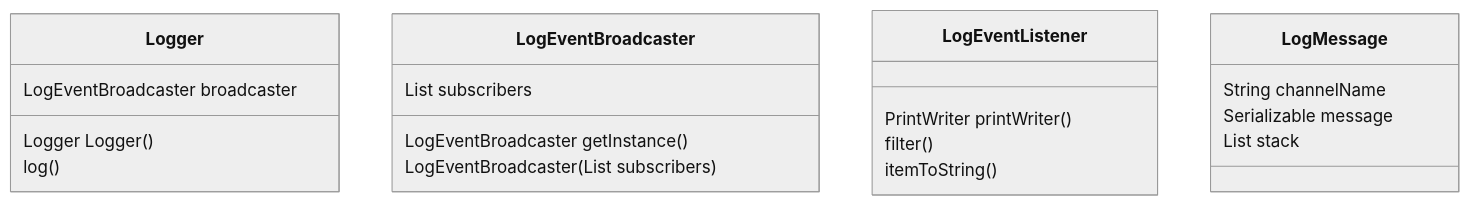
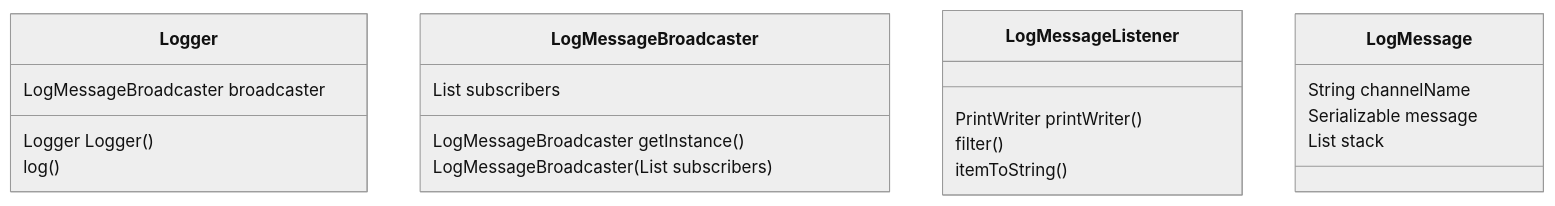
Before and after one commit to alfu32/klog: the second of 2 diagrams in README.md, drawn with Mermaid (neutral theme). The commit also changed other lines of this file, not shown here.

````diff
--- a/README.md
+++ b/README.md
@@ -24,27 +24,27 @@
 ```mermaid
   classDiagram
   class Logger{
-    LogEventBroadcaster broadcaster
+    LogMessageBroadcaster broadcaster
     Logger Logger()
     log()
   }
 
-  class LogEventBroadcaster{
-    LogEventBroadcaster getInstance()
-    LogEventBroadcaster(List<LogEventListener> subscribers)
-    List<LogEventListener> subscribers
+  class LogMessageBroadcaster{
+    LogMessageBroadcaster getInstance()
+    LogMessageBroadcaster(List<LogMessageListener> subscribers)
+    List<LogMessageListener> subscribers
   }
 
-  class LogEventListener{
+  class LogMessageListener{
     PrintWriter printWriter()
     filter()
     itemToString()
   }
   class LogMessage{
     <StackTraceElement>
     String channelName
     Serializable message
     List<StackTraceElement> stack
   }
 
 ```
````
